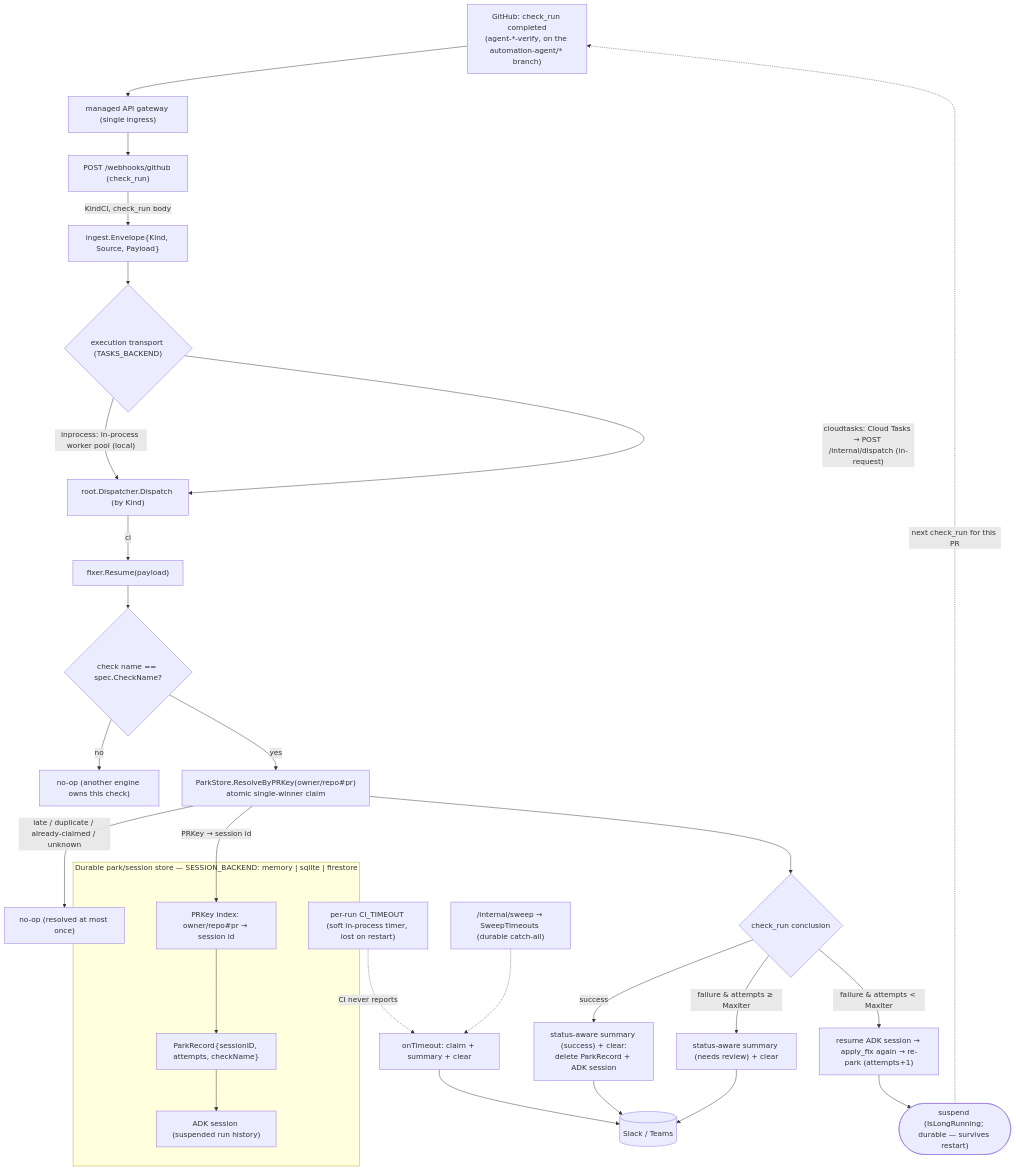
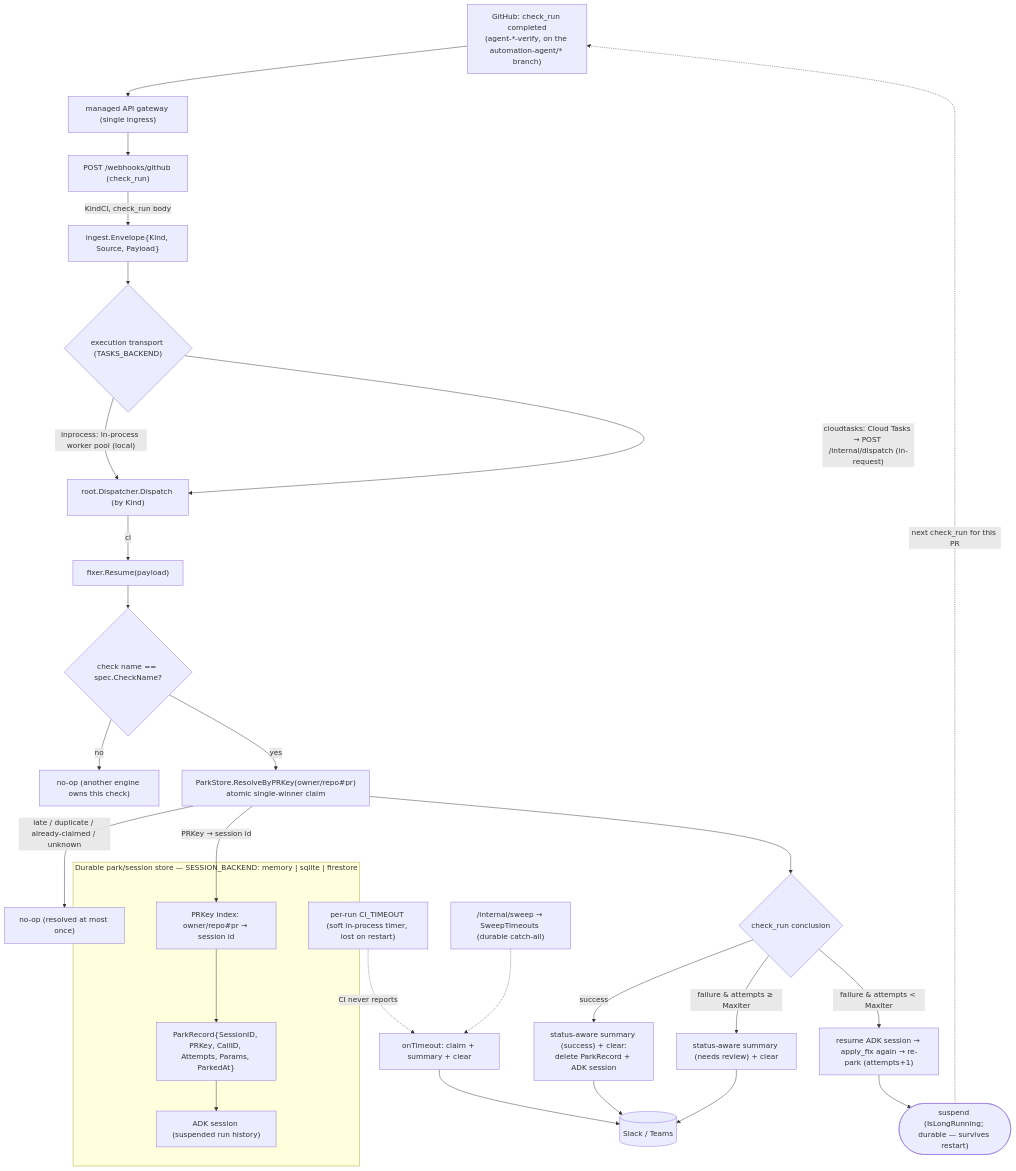
Before and after one commit to jkjamies/automation-agent: the second of 2 diagrams in AGENTS.md, drawn with Mermaid. The commit also changed 2 other files, not shown here.

Commit message:
docs: correct ParkRecord fields in resume diagrams (CodeRabbit)
The ParkRecord box listed a checkName field that does not exist — the
persisted record is {SessionID, PRKey, CallID, Attempts, Params, ParkedAt}
(the check name lives on the Spec, not the record). Fix the label in all
three copies (project root + go/ + python/ stack roots) to match the actual
store schema. Re-validated with mermaid-cli.

````diff
--- a/AGENTS.md
+++ b/AGENTS.md
@@ -89,35 +89,35 @@
 ```mermaid
 flowchart TD
     CR["GitHub: check_run completed<br/>(agent-*-verify, on the automation-agent/* branch)"] --> GW["managed API gateway (single ingress)"]
     GW --> WCI["POST /webhooks/github (check_run)"]
     WCI -->|"KindCI, check_run body"| Env["ingest.Envelope{Kind, Source, Payload}"]
     Env --> TX{"execution transport (TASKS_BACKEND)"}
     TX -->|"inprocess: in-process worker pool (local)"| Disp
     TX -->|"cloudtasks: Cloud Tasks → POST /internal/dispatch (in-request)"| Disp
     Disp["root.Dispatcher.Dispatch (by Kind)"] -->|ci| RES["fixer.Resume(payload)"]
 
     RES --> NM{"check name == spec.CheckName?"}
     NM -->|no| NOOP["no-op (another engine owns this check)"]
     NM -->|yes| CLAIM["ParkStore.ResolveByPRKey(owner/repo#pr)<br/>atomic single-winner claim"]
     CLAIM -->|"late / duplicate / already-claimed / unknown"| NOOP2["no-op (resolved at most once)"]
 
     subgraph Store["Durable park/session store — SESSION_BACKEND: memory | sqlite | firestore"]
-        PRK["PRKey index: owner/repo#pr → session id"] --> REC["ParkRecord{sessionID, attempts, checkName}"]
+        PRK["PRKey index: owner/repo#pr → session id"] --> REC["ParkRecord{SessionID, PRKey, CallID, Attempts, Params, ParkedAt}"]
         REC --> SESS["ADK session (suspended run history)"]
     end
     CLAIM -->|"PRKey → session id"| PRK
 
     CLAIM --> CONC{check_run conclusion}
     CONC -->|success| OK["status-aware summary (success) + clear:<br/>delete ParkRecord + ADK session"]
     CONC -->|"failure & attempts ≥ MaxIter"| REV["status-aware summary (needs review) + clear"]
     CONC -->|"failure & attempts < MaxIter"| RT["resume ADK session → apply_fix again → re-park (attempts+1)"]
     RT --> SUS(["suspend (IsLongRunning; durable — survives restart)"])
     SUS -.->|"next check_run for this PR"| CR
 
     TO["per-run CI_TIMEOUT (soft in-process timer, lost on restart)"] -.->|"CI never reports"| FREE["onTimeout: claim + summary + clear"]
     SW["/internal/sweep → SweepTimeouts (durable catch-all)"] -.-> FREE
 
     OK --> Chat[("Slack / Teams")]
     REV --> Chat
     FREE --> Chat
 ```
````
